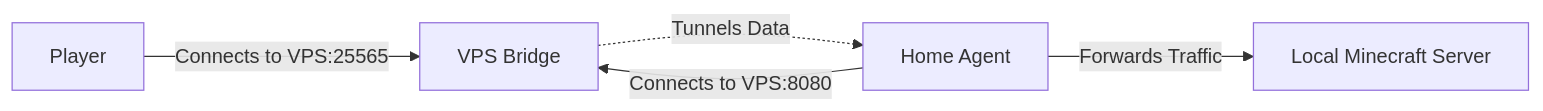
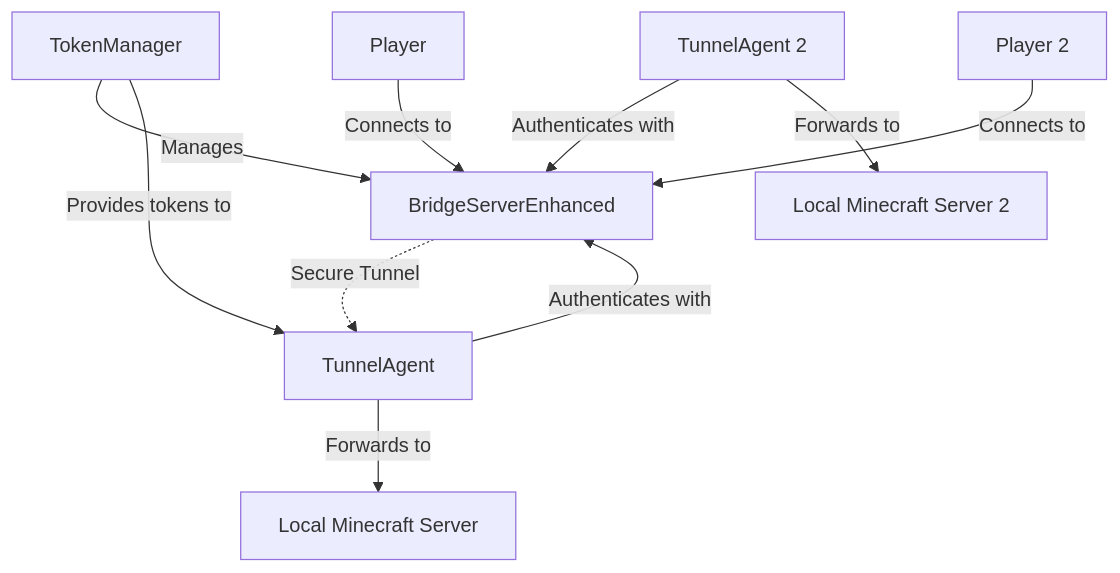
Before and after one commit to nglmercer/minecraft-proxy: the first of 2 diagrams in docs/reverse-tunnel.md, drawn with Mermaid. The commit also changed other lines of this file and 16 other files, not shown here.

````diff
--- a/docs/reverse-tunnel.md
+++ b/docs/reverse-tunnel.md
@@ -10,7 +13,15 @@
 ```mermaid
-graph LR
-    A[Player] -->|Connects to VPS:25565| B[VPS Bridge]
-    C[Home Agent] -->|Connects to VPS:8080| B
-    C -->|Forwards Traffic| D[Local Minecraft Server]
-    B -.->|Tunnels Data| C
+graph TB
+    A[Player] -->|Connects to| B[BridgeServerEnhanced]
+    C[TunnelAgent] -->|Authenticates with| B
+    C -->|Forwards to| D[Local Minecraft Server]
+    
+    E[TokenManager] -->|Manages| B
+    E -->|Provides tokens to| C
+    
+    B -.->|Secure Tunnel| C
+    
+    F[Player 2] -->|Connects to| B
+    G[TunnelAgent 2] -->|Authenticates with| B
+    G -->|Forwards to| H[Local Minecraft Server 2]
 ```
````
